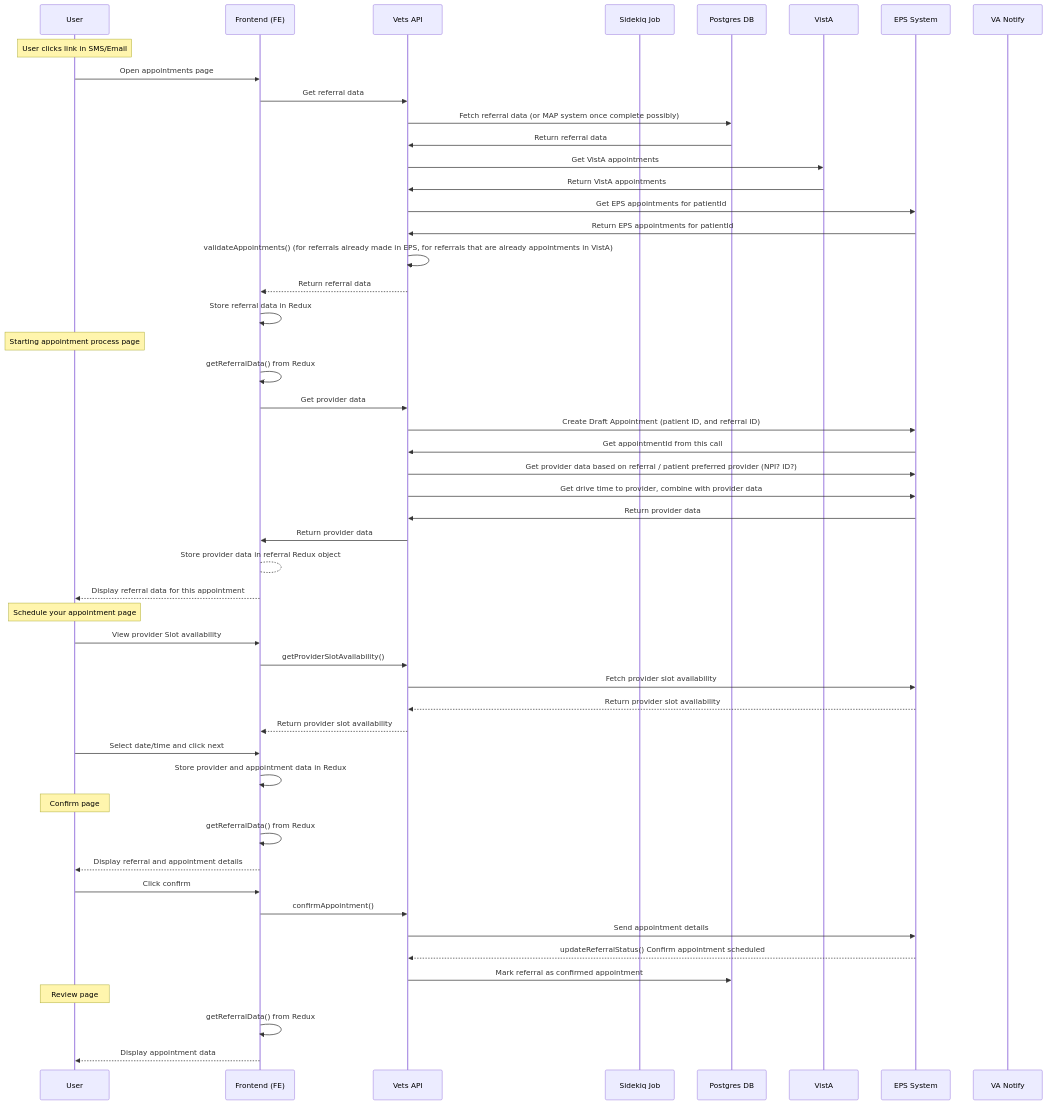
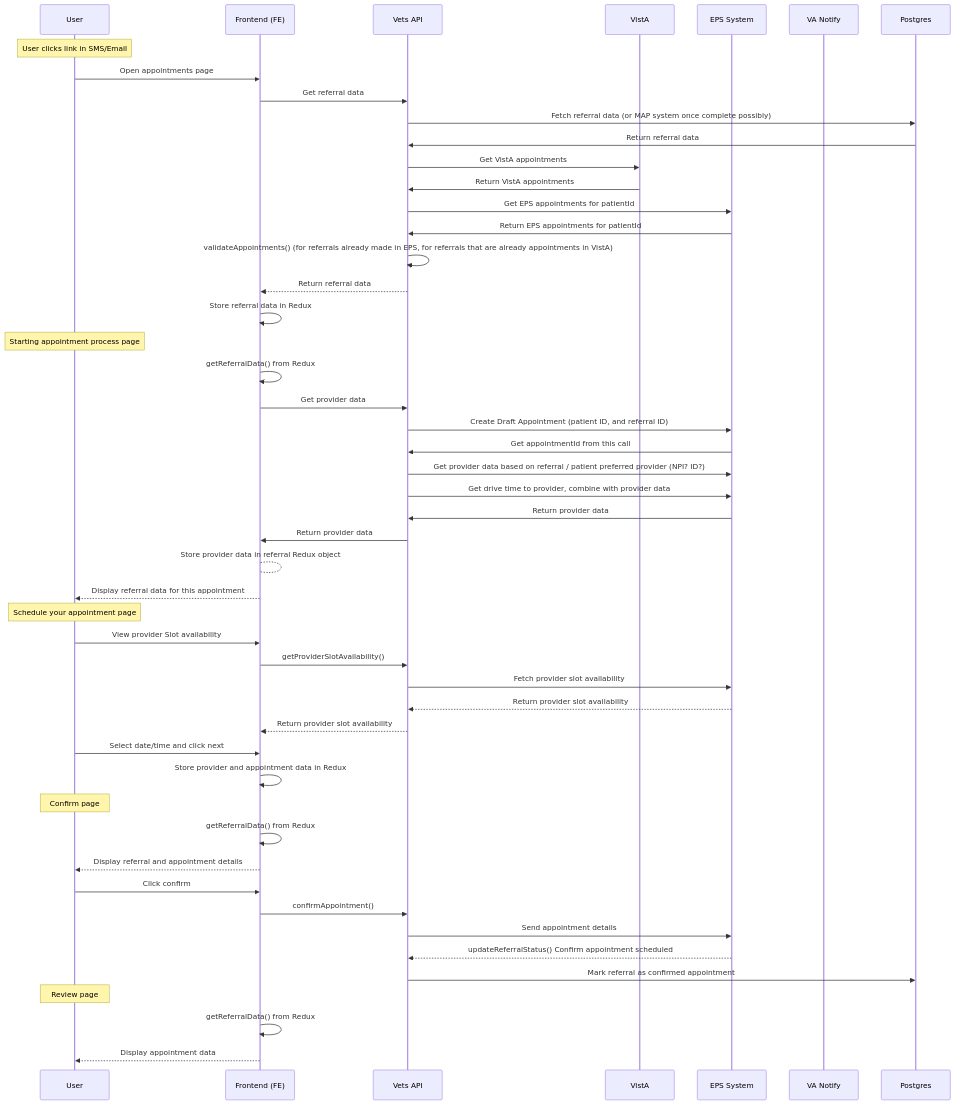
One commit to department-of-veterans-affairs/va.gov-team changed the fourth of 4 diagrams in products/health-care/appointments/va-online-scheduling/engineering/architecture/community-care-technical-documentation.md. Above: the diagram before and after it, drawn with Mermaid.

````diff
--- a/products/health-care/appointments/va-online-scheduling/engineering/architecture/community-care-technical-documentation.md
+++ b/products/health-care/appointments/va-online-scheduling/engineering/architecture/community-care-technical-documentation.md
@@ -127,59 +127,57 @@
 ```mermaid
 sequenceDiagram
     participant User
     participant Frontend as Frontend (FE)
     participant VetsAPI as Vets API
-    participant Sidekiq as Sidekiq Job
-    participant Postgres as Postgres DB
     participant VistA as VistA
     participant EPS as EPS System
     participant VA as VA Notify
 
     Note over User: User clicks link in SMS/Email
     User->>Frontend: Open appointments page
     Frontend->>VetsAPI: Get referral data
     VetsAPI->>Postgres: Fetch referral data (or MAP system once complete possibly)
     Postgres->>VetsAPI: Return referral data
     VetsAPI->>VistA: Get VistA appointments
     VistA->>VetsAPI: Return VistA appointments
     VetsAPI->>EPS: Get EPS appointments for patientId
     EPS->>VetsAPI: Return EPS appointments for patientId
     VetsAPI->>VetsAPI: validateAppointments() (for referrals already made in EPS, for referrals that are already appointments in VistA)
     VetsAPI-->>Frontend: Return referral data
     Frontend->>Frontend: Store referral data in Redux
     
 
     Note over User: Starting appointment process page
     Frontend->>Frontend: getReferralData() from Redux
     Frontend->>VetsAPI: Get provider data
     VetsAPI->>EPS: Create Draft Appointment (patient ID, and referral ID)
     EPS->>VetsAPI: Get appointmentId from this call
     VetsAPI->>EPS: Get provider data based on referral / patient preferred provider (NPI? ID?)
     VetsAPI->>EPS: Get drive time to provider, combine with provider data
     EPS->>VetsAPI: Return provider data
     VetsAPI->>Frontend: Return provider data
     Frontend-->Frontend: Store provider data in referral Redux object
     Frontend-->>User: Display referral data for this appointment
 
     Note over User: Schedule your appointment page
     User->>Frontend: View provider Slot availability
     Frontend->>VetsAPI: getProviderSlotAvailability()
     VetsAPI->>EPS: Fetch provider slot availability
     EPS-->>VetsAPI: Return provider slot availability
     VetsAPI-->>Frontend: Return provider slot availability
     User->>Frontend: Select date/time and click next
     Frontend->>Frontend: Store provider and appointment data in Redux
 
     Note over User: Confirm page
     Frontend->>Frontend: getReferralData() from Redux
     Frontend-->>User: Display referral and appointment details
     User->>Frontend: Click confirm
     Frontend->>VetsAPI: confirmAppointment()
     VetsAPI->>EPS: Send appointment details
     EPS-->>VetsAPI: updateReferralStatus() Confirm appointment scheduled
     VetsAPI->>Postgres: Mark referral as confirmed appointment
 
     Note over User: Review page
     Frontend->>Frontend: getReferralData() from Redux
     Frontend-->>User: Display appointment data
 ```
````
